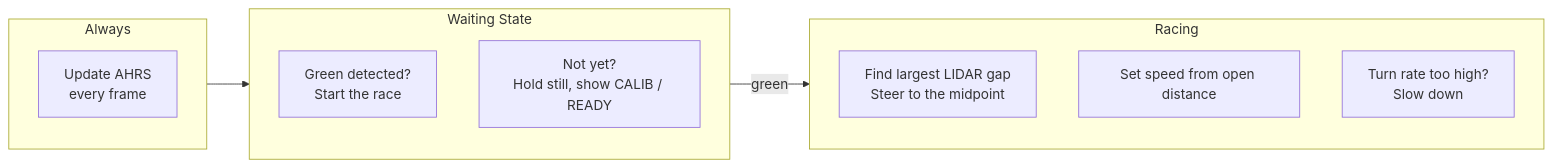
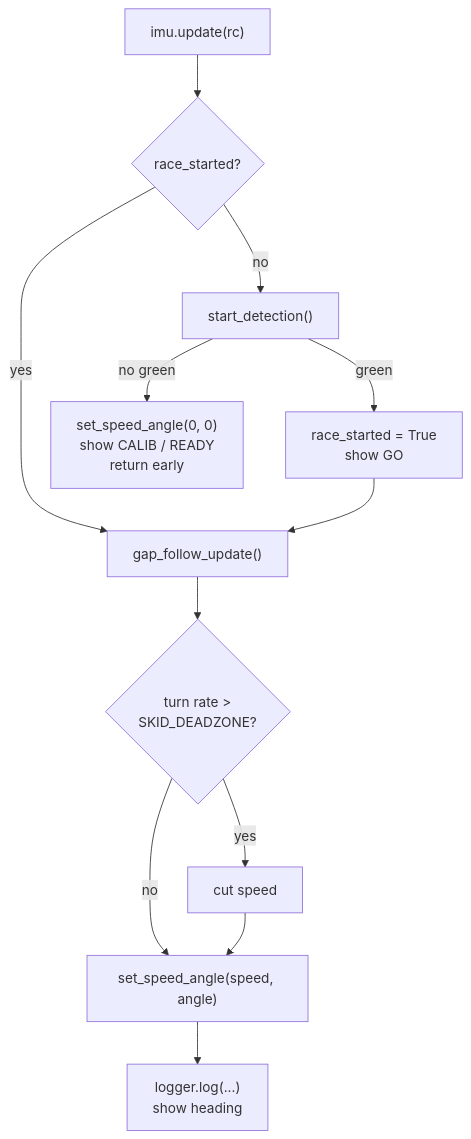
One commit to paul-sopin/team4-bwsiracecar-grandprix changed the second of 2 diagrams in README.md. Above: the diagram before and after it, drawn with Mermaid. The commit also changed other lines of this file and 3 other files, not shown here.

````diff
--- a/README.md
+++ b/README.md
@@ -52,19 +67,14 @@
 ```mermaid
-flowchart LR
-    subgraph Always
-        S1["Update AHRS<br/>every frame"]
-    end
-
-    subgraph Waiting["Waiting State"]
-        A1["Green detected?<br/>Start the race"]
-        A2["Not yet?<br/>Hold still, show CALIB / READY"]
-    end
-
-    subgraph Racing
-        B1["Find largest LIDAR gap<br/>Steer to the midpoint"]
-        B2["Set speed from open distance"]
-        B3["Turn rate too high?<br/>Slow down"]
-    end
-
-    Always --> Waiting -->|green| Racing
+flowchart TD
+    I["imu.update(rc)"] --> R{"race_started?"}
+    R -->|no| S["start_detection()"]
+    S -->|green| Y["race_started = True<br/>show GO"]
+    S -->|no green| H["set_speed_angle(0, 0)<br/>show CALIB / READY<br/>return early"]
+    R -->|yes| G["gap_follow_update()"]
+    Y --> G
+    G --> K{"turn rate ><br/>SKID_DEADZONE?"}
+    K -->|yes| B["cut speed"]
+    K -->|no| V["set_speed_angle(speed, angle)"]
+    B --> V
+    V --> L["logger.log(...)<br/>show heading"]
 ```
````
